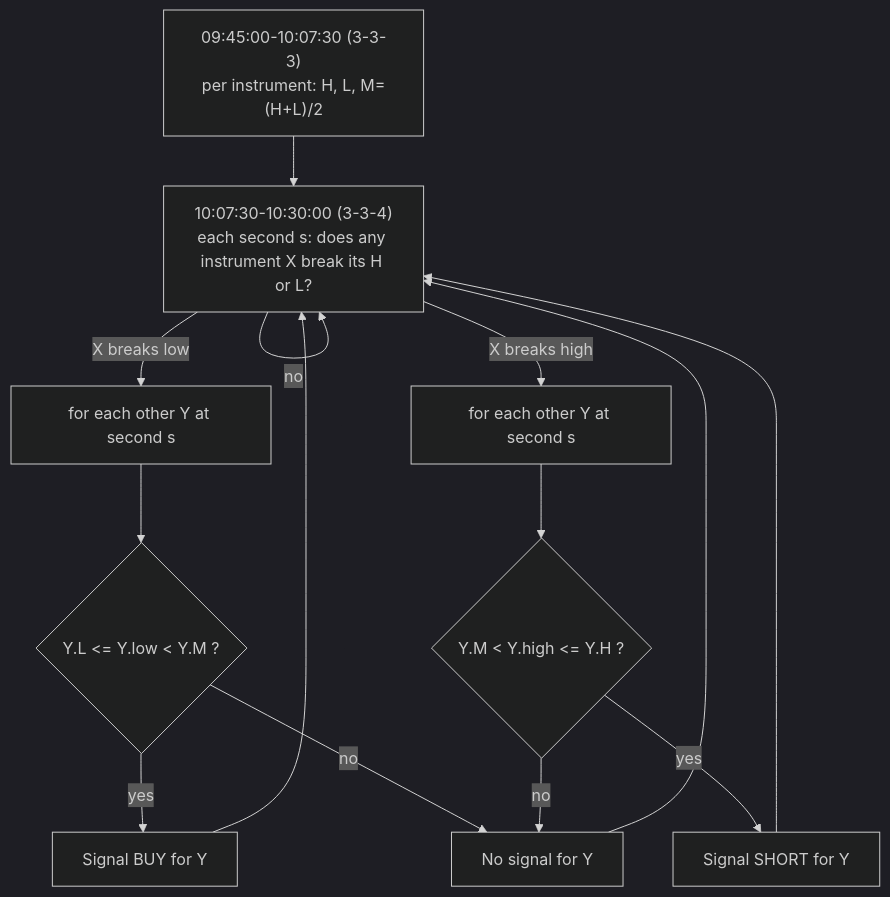
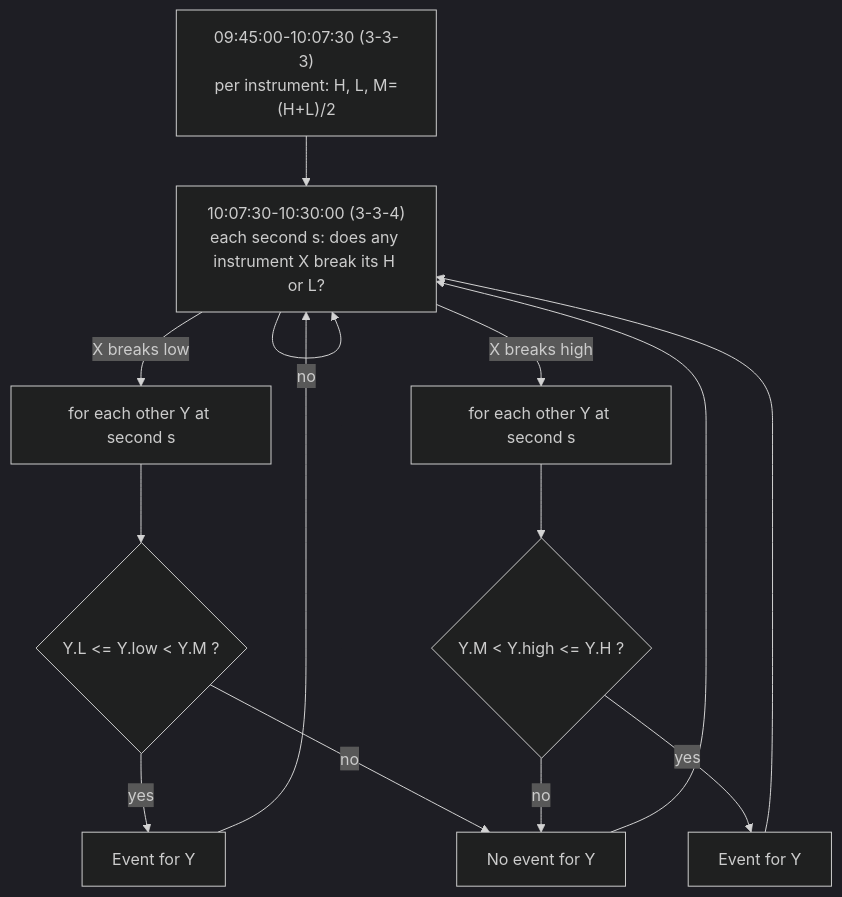
The diagram in documents/implementation_strategy/rules/sequence_range_sweep.md (parvanescu/ict-backtest-engine), drawn with Mermaid (dark theme) before and after one commit. The commit also changed other lines of this file and 22 other files, not shown here.

First line of the commit message:
Report Sequence range sweep as neutral events, drop bullish/bearish verdicts

````diff
--- a/documents/implementation_strategy/rules/sequence_range_sweep.md
+++ b/documents/implementation_strategy/rules/sequence_range_sweep.md
@@ -57,16 +57,16 @@
 ```mermaid
 flowchart TD
     A["09:45:00-10:07:30 (3-3-3)<br/>per instrument: H, L, M=(H+L)/2"] --> B["10:07:30-10:30:00 (3-3-4)<br/>each second s: does any instrument X break its H or L?"]
     B -- no --> B
     B -- "X breaks low" --> C["for each other Y at second s"]
     B -- "X breaks high" --> D["for each other Y at second s"]
     C --> E{"Y.L <= Y.low < Y.M ?"}
     D --> F{"Y.M < Y.high <= Y.H ?"}
-    E -- yes --> G["Signal BUY for Y"]
-    E -- no --> H["No signal for Y"]
-    F -- yes --> I["Signal SHORT for Y"]
+    E -- yes --> G["Event for Y"]
+    E -- no --> H["No event for Y"]
+    F -- yes --> I["Event for Y"]
     F -- no --> H
     G --> B
     H --> B
     I --> B
 ```
````
